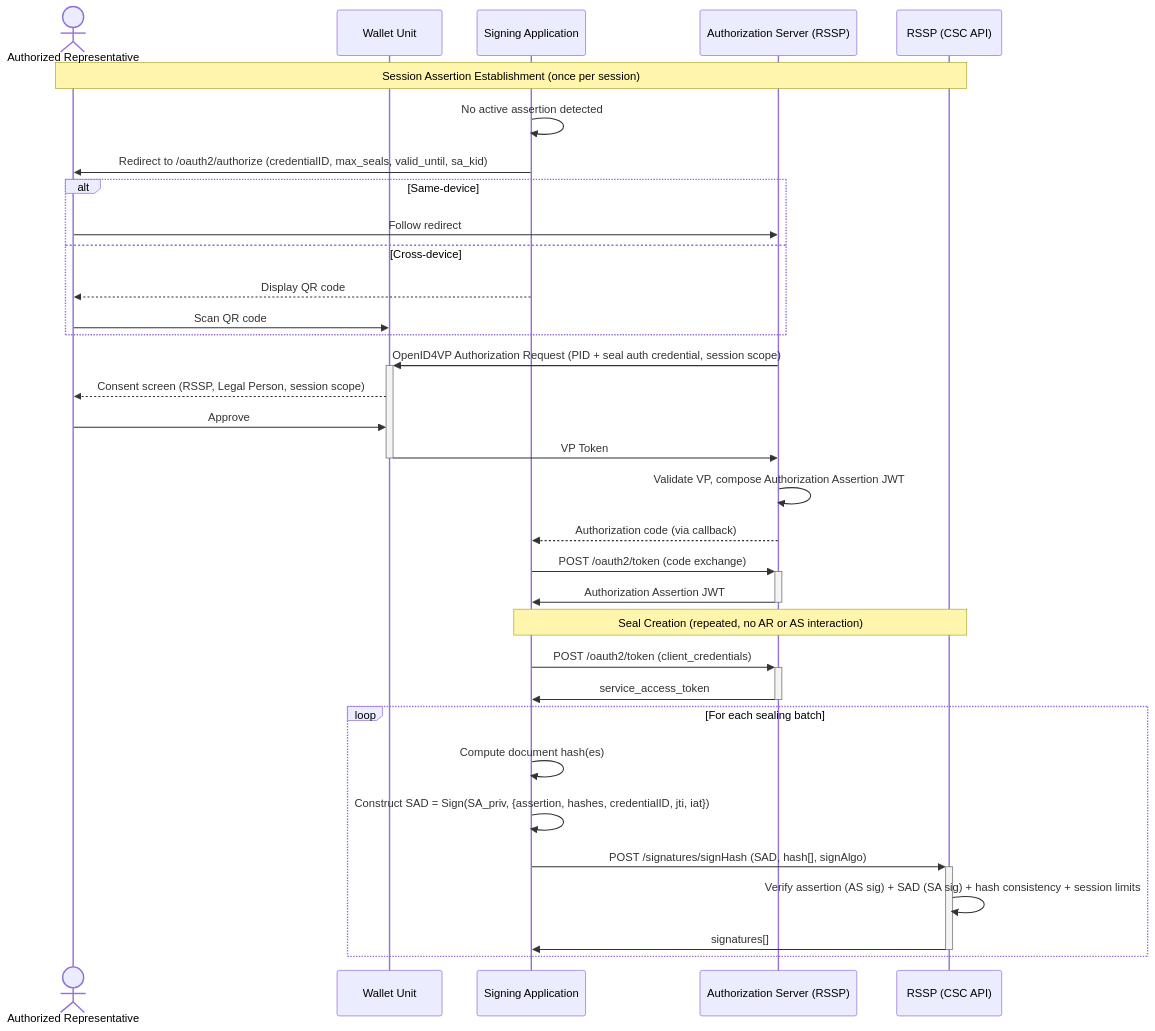
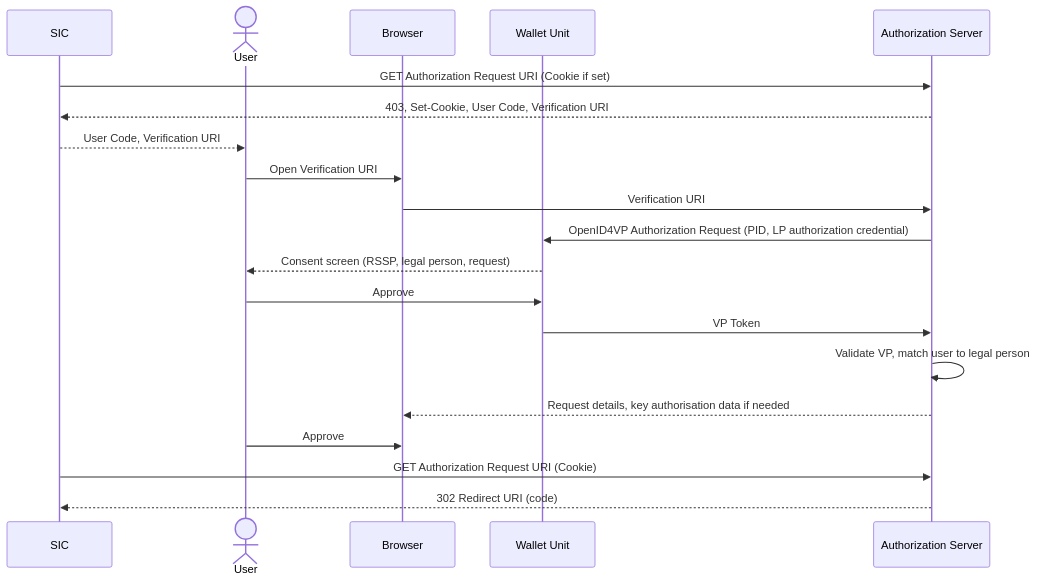
One commit to webuild-consortium/wp4-architecture changed the first of 3 diagrams in conformance-specs/cs-04-remote-qualified-seals.md. Above: the diagram before and after it, drawn with Mermaid. The commit also changed other lines of this file, not shown here.

Commit message:
docs: align remote QESeal CS with CSC note and review comments

````diff
--- a/conformance-specs/cs-04-remote-qualified-seals.md
+++ b/conformance-specs/cs-04-remote-qualified-seals.md
@@ -188,44 +143,22 @@
 ```mermaid
 sequenceDiagram
-    actor AR as Authorized Representative
+    participant SIC
+    actor User
+    participant Browser
     participant WU as Wallet Unit
-    participant SA as Signing Application
-    participant AS as Authorization Server (RSSP)
-    participant RSSP as RSSP (CSC API)
-
-    note over AR,RSSP: Session Assertion Establishment (once per session)
-
-    SA->>SA: No active assertion detected
-    SA->>AR: Redirect to /oauth2/authorize (credentialID, max_seals, valid_until, sa_kid)
-
-    alt Same-device
-        AR->>AS: Follow redirect
-    else Cross-device
-        SA-->>AR: Display QR code
-        AR->>WU: Scan QR code
-    end
-
-    AS->>+WU: OpenID4VP Authorization Request (PID + seal auth credential, session scope)
-    WU-->>AR: Consent screen (RSSP, Legal Person, session scope)
-    AR->>WU: Approve
-    WU->>-AS: VP Token
-
-    AS->>AS: Validate VP, compose Authorization Assertion JWT
-    AS-->>SA: Authorization code (via callback)
-
-    SA->>+AS: POST /oauth2/token (code exchange)
-    AS->>-SA: Authorization Assertion JWT
-
-    note over SA,RSSP: Seal Creation (repeated, no AR or AS interaction)
-
-    SA->>+AS: POST /oauth2/token (client_credentials)
-    AS->>-SA: service_access_token
-
-    loop For each sealing batch
-        SA->>SA: Compute document hash(es)
-        SA->>SA: Construct SAD = Sign(SA_priv, {assertion, hashes, credentialID, jti, iat})
-        SA->>+RSSP: POST /signatures/signHash (SAD, hash[], signAlgo)
-        RSSP->>RSSP: Verify assertion (AS sig) + SAD (SA sig) + hash consistency + session limits
-        RSSP->>-SA: signatures[]
-    end
+    participant AS as Authorization Server
+    SIC->>AS: GET Authorization Request URI (Cookie if set)
+    AS-->>SIC: 403, Set-Cookie, User Code, Verification URI
+    SIC-->>User: User Code, Verification URI
+    User->>Browser: Open Verification URI
+    Browser->>AS: Verification URI
+    AS->>WU: OpenID4VP Authorization Request (PID, LP authorization credential)
+    WU-->>User: Consent screen (RSSP, legal person, request)
+    User->>WU: Approve
+    WU->>AS: VP Token
+    AS->>AS: Validate VP, match user to legal person
+    AS-->>Browser: Request details, key authorisation data if needed
+    User->>Browser: Approve
+    SIC->>AS: GET Authorization Request URI (Cookie)
+    AS-->>SIC: 302 Redirect URI (code)
 ```
````
